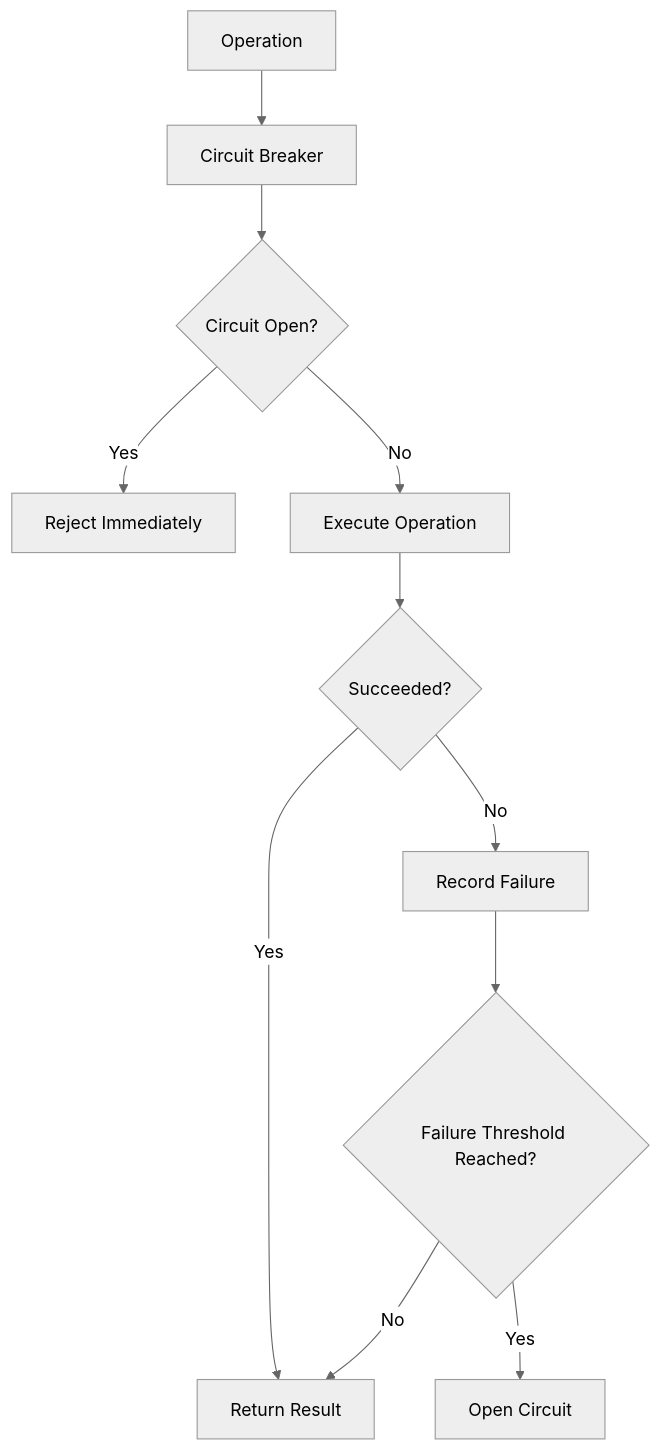
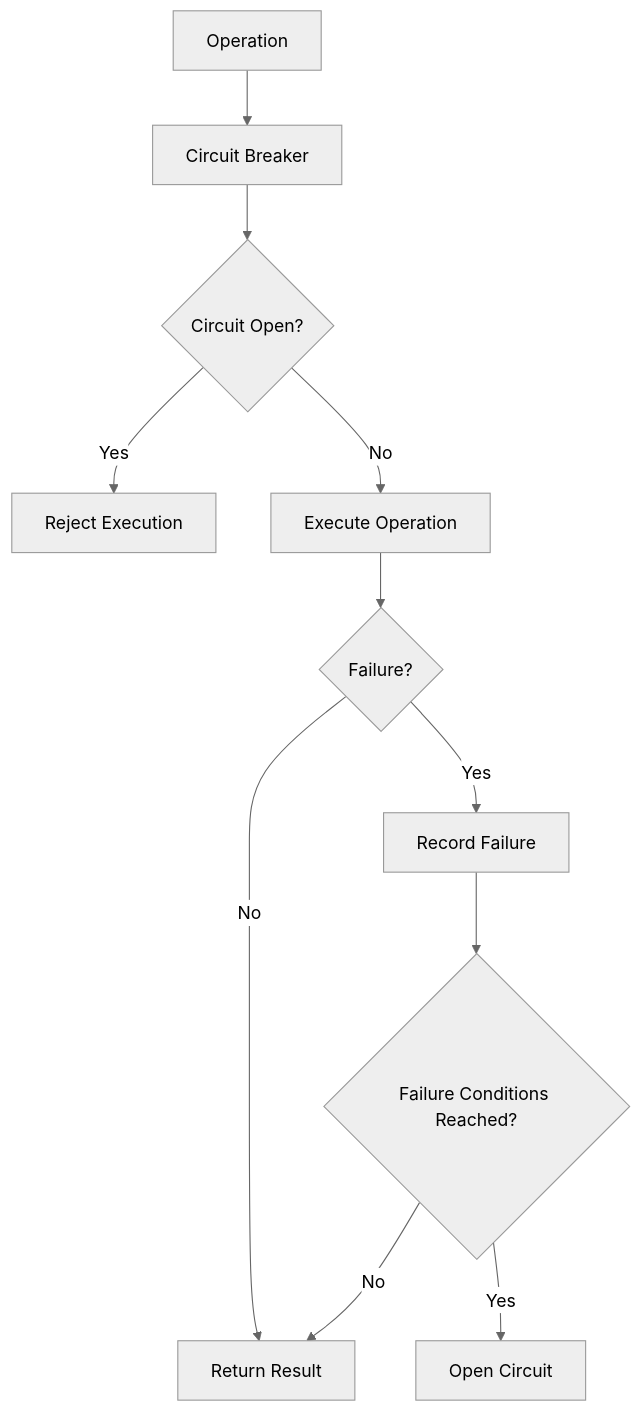
One commit to FEDERIN/CoreSystem changed the second of 2 diagrams in docs/Resilience/CircuitBreaker.md. Above: the diagram before and after it, drawn with Mermaid (neutral theme). The commit also changed other lines of this file and 44 other files, not shown here.

````diff
--- a/docs/Resilience/CircuitBreaker.md
+++ b/docs/Resilience/CircuitBreaker.md
@@ -124,25 +114,25 @@
 ```mermaid
 flowchart TD
 
     Request["Operation"]
 
     Request --> Circuit["Circuit Breaker"]
 
     Circuit --> Decision{"Circuit Open?"}
 
-    Decision -->|Yes| Reject["Reject Immediately"]
+    Decision -->|Yes| Reject["Reject Execution"]
 
     Decision -->|No| Execute["Execute Operation"]
 
-    Execute --> Success{"Succeeded?"}
+    Execute --> Result{"Failure?"}
 
-    Success -->|Yes| Complete["Return Result"]
+    Result -->|No| Complete["Return Result"]
 
-    Success -->|No| Failure["Record Failure"]
+    Result -->|Yes| Record["Record Failure"]
 
-    Failure --> Threshold{"Failure Threshold Reached?"}
+    Record --> Threshold{"Failure Conditions Reached?"}
 
     Threshold -->|No| Complete
 
     Threshold -->|Yes| Open["Open Circuit"]
 ```
````
